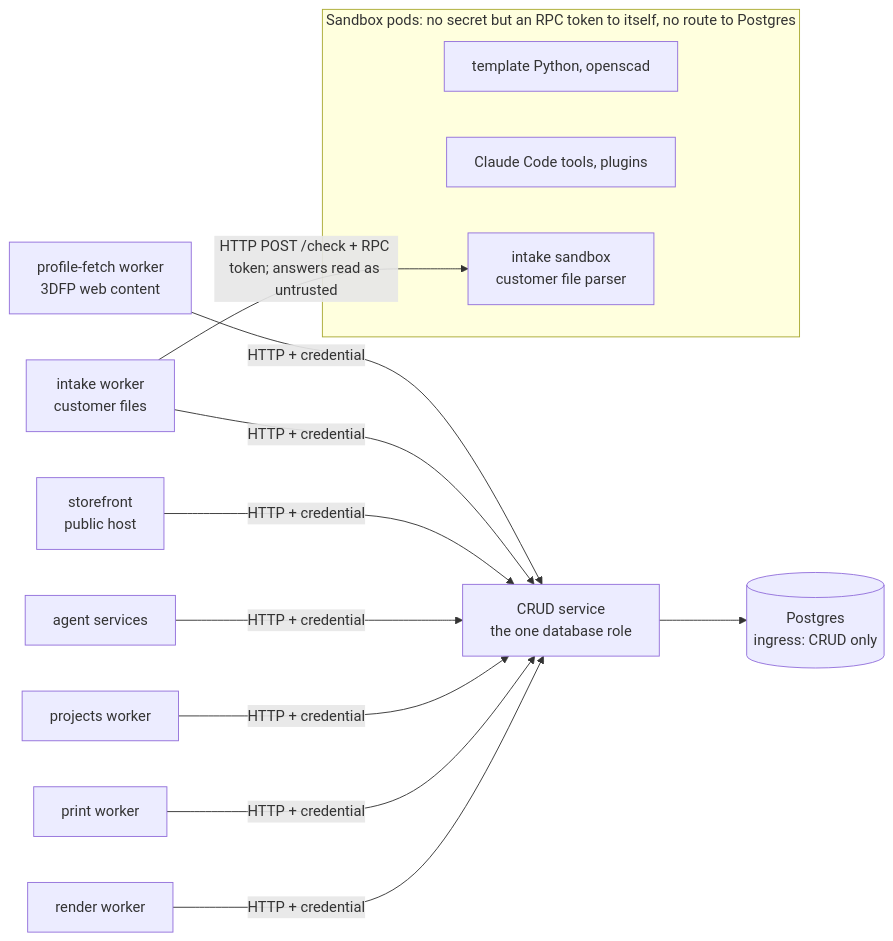
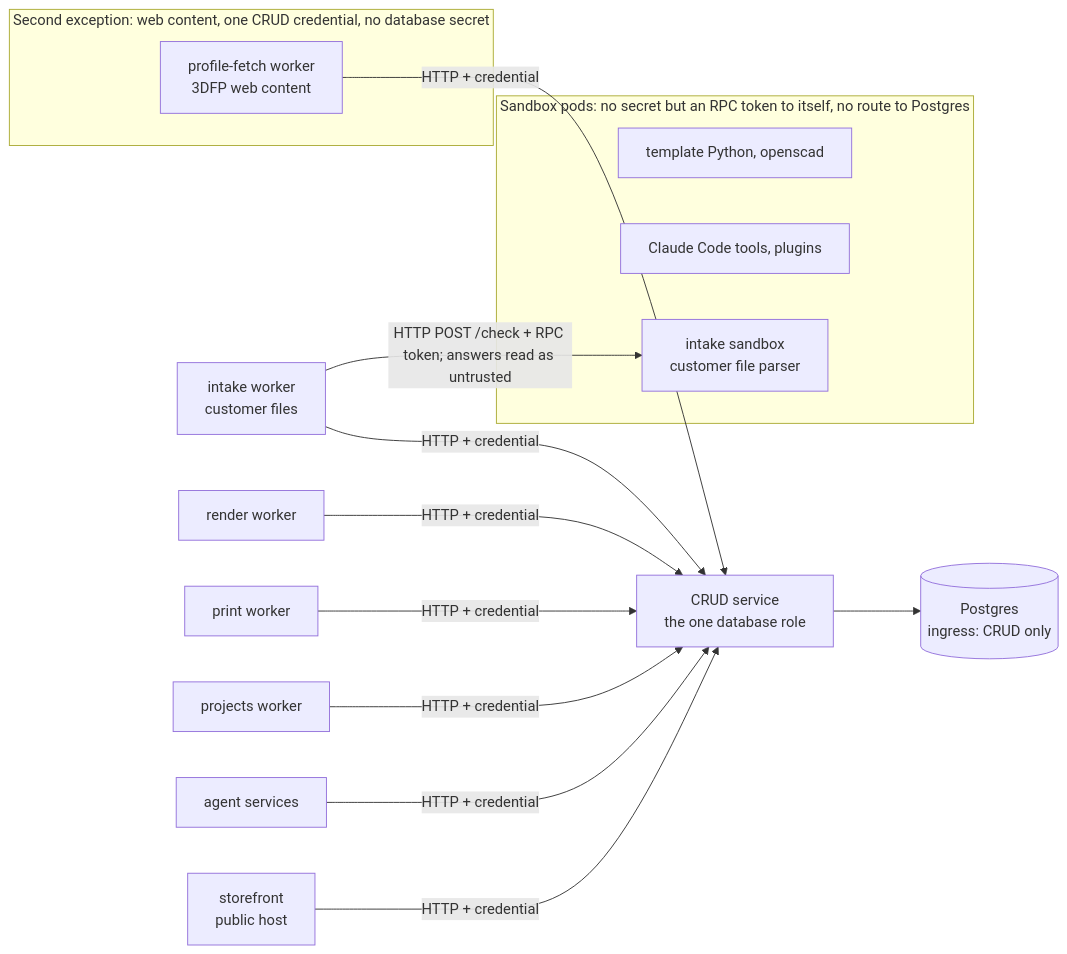
The second of 2 diagrams in docs/security/trust-boundaries.md (eh-homelab/ScadBuddy), drawn with Mermaid before and after one commit. The commit also changed other lines of this file and 6 other files, not shown here.

First line of the commit message:
docs(filament): profile-fetch docs say what is measured and match the code (#6625)

````diff
--- a/docs/security/trust-boundaries.md
+++ b/docs/security/trust-boundaries.md
@@ -193,17 +199,20 @@
 ```mermaid
 flowchart LR
   subgraph untrusted[Sandbox pods: no secret but an RPC token to itself, no route to Postgres]
     T[template Python, openscad]
     C[Claude Code tools, plugins]
     X[intake sandbox<br/>customer file parser]
   end
   I -- HTTP POST /check + RPC token; answers read as untrusted --> X
   R[render worker] -- HTTP + credential --> CRUD
   P[print worker] -- HTTP + credential --> CRUD
   J[projects worker] -- HTTP + credential --> CRUD
   A[agent services] -- HTTP + credential --> CRUD
   S[storefront<br/>public host] -- HTTP + credential --> CRUD
   I[intake worker<br/>customer files] -- HTTP + credential --> CRUD
-  F[profile-fetch worker<br/>3DFP web content] -- HTTP + credential --> CRUD
+  subgraph web[Second exception: web content, one CRUD credential, no database secret]
+    F[profile-fetch worker<br/>3DFP web content]
+  end
+  F -- HTTP + credential --> CRUD
   CRUD[CRUD service<br/>the one database role] --> DB[(Postgres<br/>ingress: CRUD only)]
 ```
````
